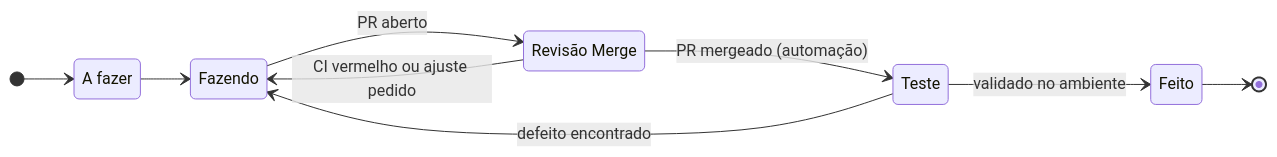
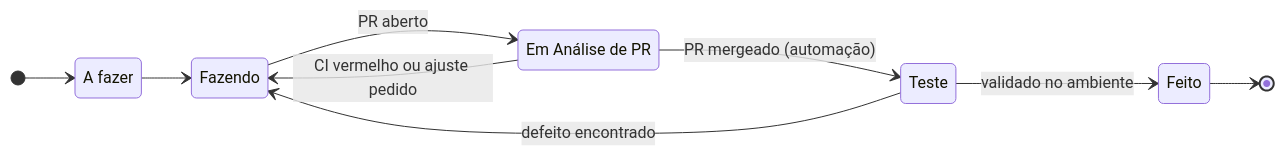
Before and after one commit to catolica-orangotango/unicatolica: the diagram in docs/decisoes/2026-10-02-fluxo-de-status-jira.md, drawn with Mermaid. The commit also changed other lines of this file, not shown here.

First line of the commit message:
docs(decisoes): Em Análise de PR no lugar de Revisão Merge (KAN-74)

````diff
--- a/docs/decisoes/2026-10-02-fluxo-de-status-jira.md
+++ b/docs/decisoes/2026-10-02-fluxo-de-status-jira.md
@@ -12,15 +12,15 @@
 ```mermaid
 stateDiagram-v2
     direction LR
     [*] --> AFazer
     AFazer --> Fazendo
-    Fazendo --> RevisaoMerge: PR aberto
-    RevisaoMerge --> Fazendo: CI vermelho ou ajuste pedido
-    RevisaoMerge --> Teste: PR mergeado (automação)
+    Fazendo --> EmAnalisePR: PR aberto
+    EmAnalisePR --> Fazendo: CI vermelho ou ajuste pedido
+    EmAnalisePR --> Teste: PR mergeado (automação)
     Teste --> Feito: validado no ambiente
     Teste --> Fazendo: defeito encontrado
     Feito --> [*]
 
     AFazer: A fazer
-    RevisaoMerge: Revisão Merge
+    EmAnalisePR: Em Análise de PR
 ```
````
